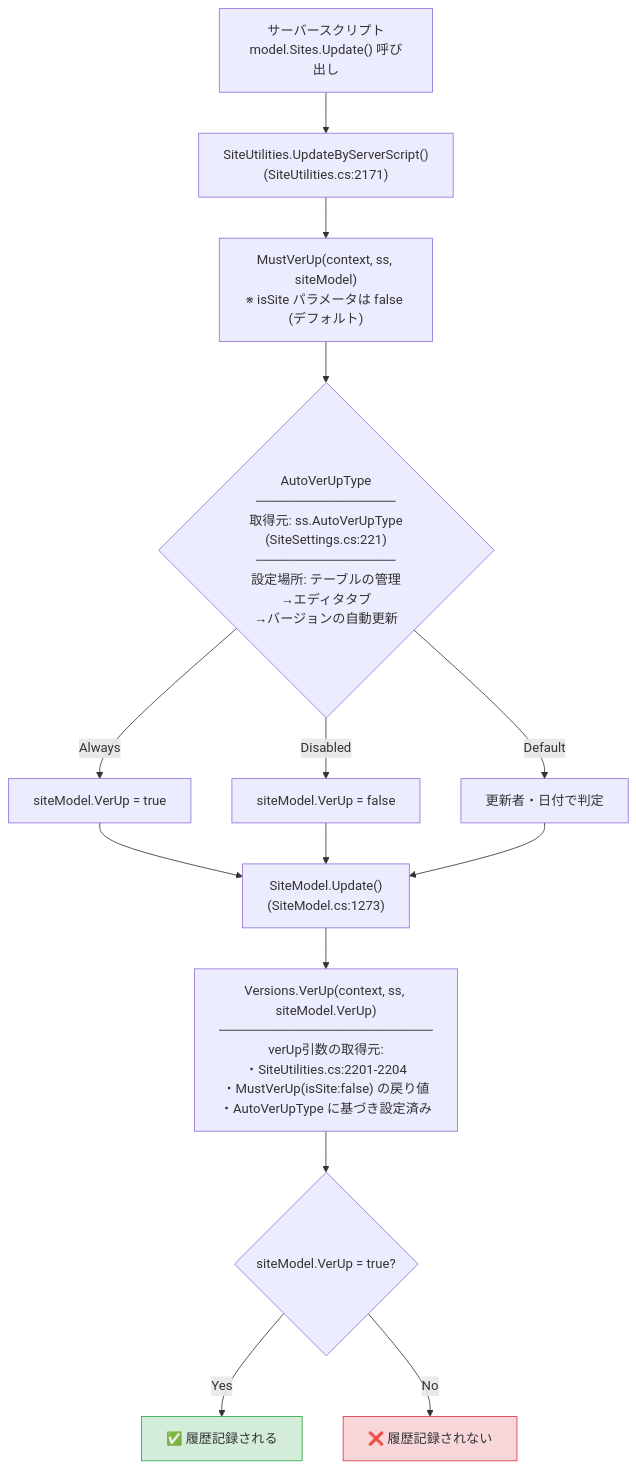
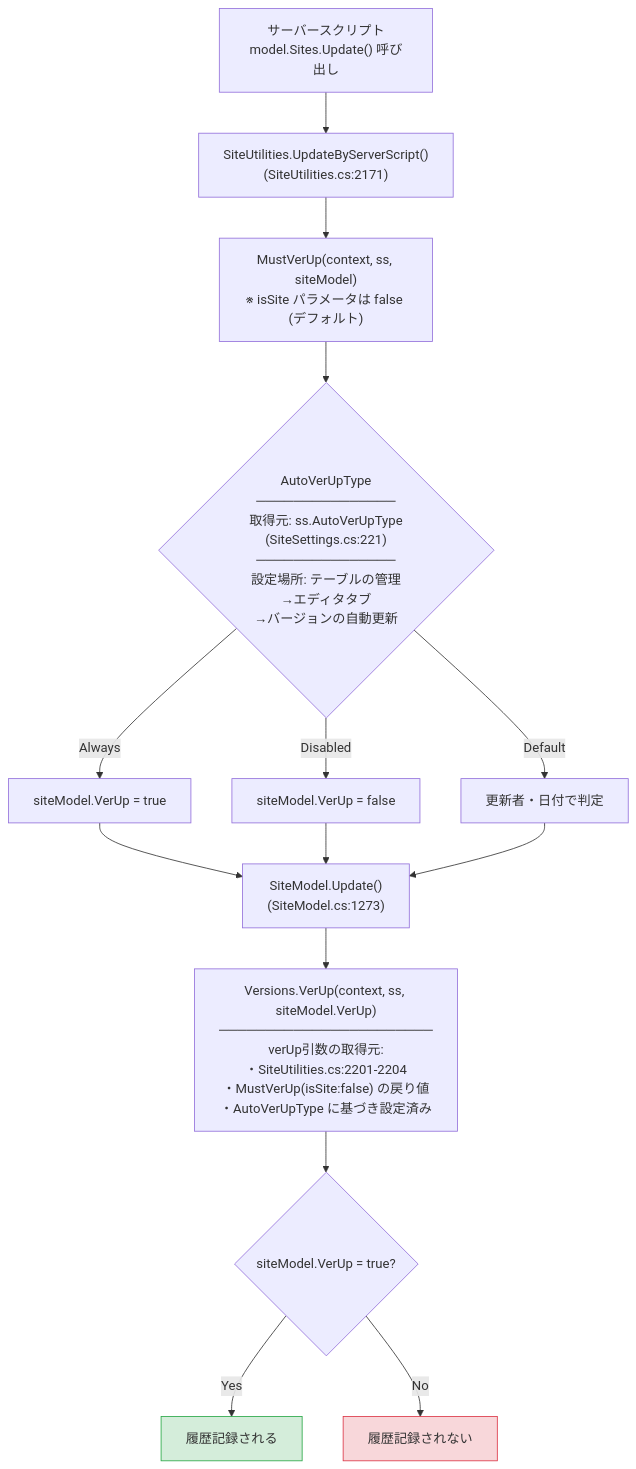
Before and after one commit to vehiclevisionjp/VehicleVision.Pleasanter.ResearchDocuments: the sixth of 7 diagrams in docs/research/03-データ操作・API/002-SiteSetting変更履歴.md, drawn with Mermaid. The commit also changed other lines of this file and 15 other files, not shown here.

````diff
--- a/docs/research/03-データ操作・API/002-SiteSetting変更履歴.md
+++ b/docs/research/03-データ操作・API/002-SiteSetting変更履歴.md
@@ -370,28 +371,28 @@
 ```mermaid
 flowchart TB
     Start["サーバースクリプト<br/>model.Sites.Update() 呼び出し"]
 
     Start --> UpdateByServerScript["SiteUtilities.UpdateByServerScript()<br/>(SiteUtilities.cs:2171)"]
 
     UpdateByServerScript --> MustVerUp["MustVerUp(context, ss, siteModel)<br/>※ isSite パラメータは false (デフォルト)"]
 
     MustVerUp --> AutoType{"AutoVerUpType<br/>───────────────<br/>取得元: ss.AutoVerUpType<br/>(SiteSettings.cs:221)<br/>───────────────<br/>設定場所: テーブルの管理<br/>→エディタタブ<br/>→バージョンの自動更新"}
 
     AutoType -->|Always| Always["siteModel.VerUp = true"]
     AutoType -->|Disabled| Disabled["siteModel.VerUp = false"]
     AutoType -->|Default| Default["更新者・日付で判定"]
 
     Always --> ModelUpdate["SiteModel.Update()<br/>(SiteModel.cs:1273)"]
     Disabled --> ModelUpdate
     Default --> ModelUpdate
 
     ModelUpdate --> VersionsVerUp["Versions.VerUp(context, ss, siteModel.VerUp)<br/>───────────────────────<br/>verUp引数の取得元:<br/>・SiteUtilities.cs:2201-2204<br/>・MustVerUp(isSite:false) の戻り値<br/>・AutoVerUpType に基づき設定済み"]
 
     VersionsVerUp --> Check{siteModel.VerUp = true?}
 
-    Check -->|Yes| RecordYes["✅ 履歴記録される"]
-    Check -->|No| RecordNo["❌ 履歴記録されない"]
+    Check -->|Yes| RecordYes["履歴記録される"]
+    Check -->|No| RecordNo["履歴記録されない"]
 
     style RecordYes fill:#d4edda,stroke:#28a745
     style RecordNo fill:#f8d7da,stroke:#dc3545
 ```
````
